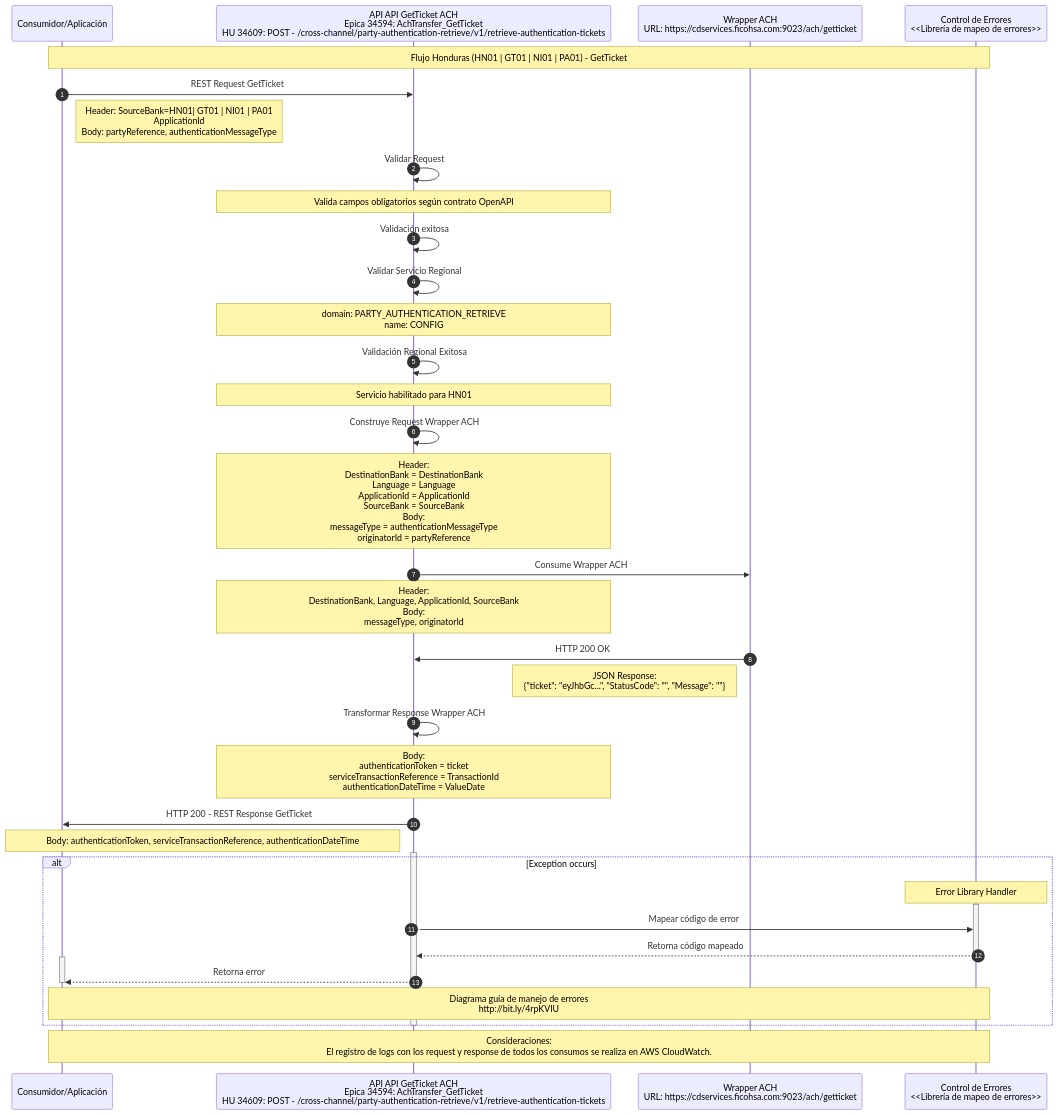
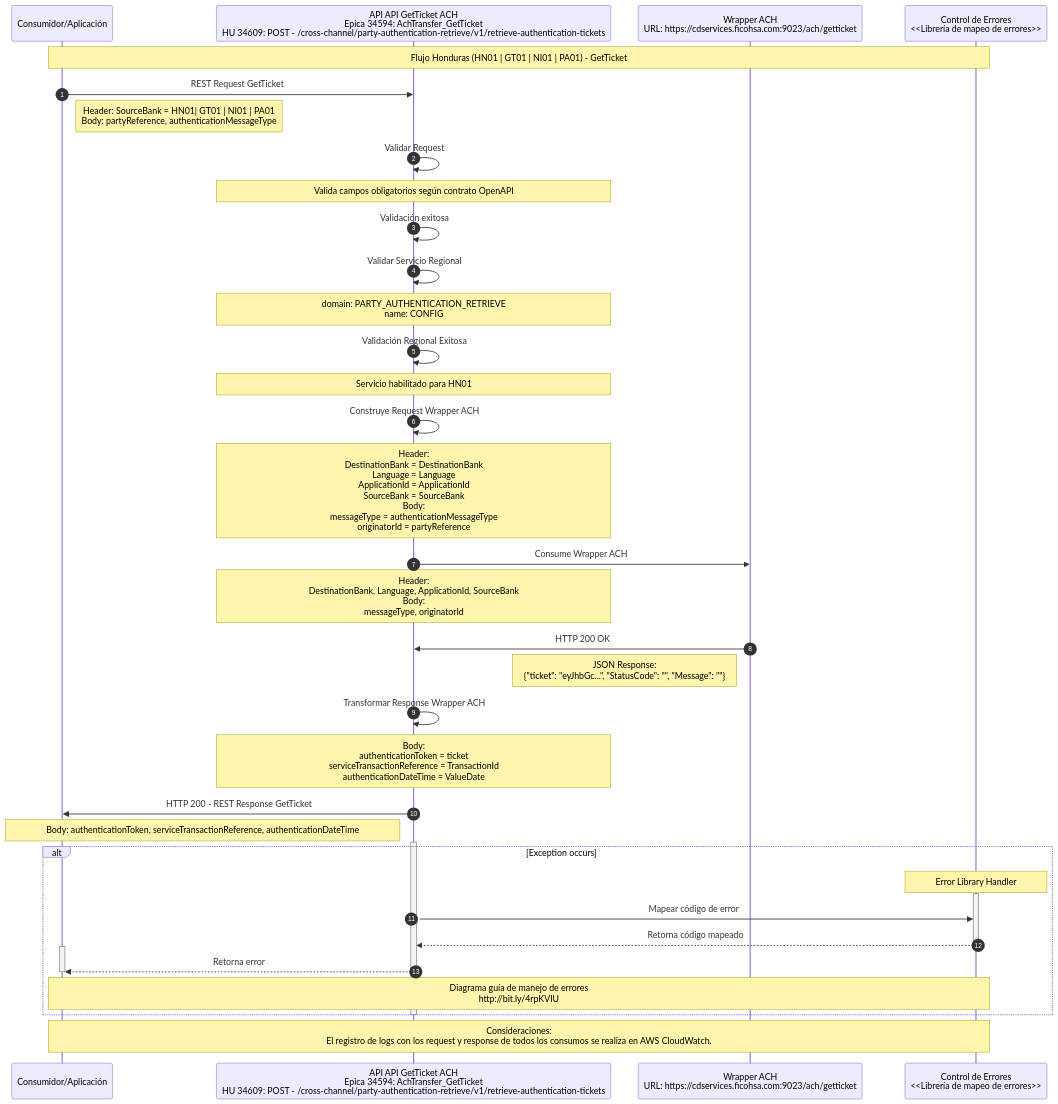
The diagram in ZMigrationFeature/GetTicket/TO-BE-04-Secuencia-HN01.mmd (jmolano10/ficohsa-capa-media), drawn with Mermaid before and after one commit. The commit also changed 3 other files, not shown here.

```diff
--- a/ZMigrationFeature/GetTicket/TO-BE-04-Secuencia-HN01.mmd
+++ b/ZMigrationFeature/GetTicket/TO-BE-04-Secuencia-HN01.mmd
@@ -1,53 +1,53 @@
 sequenceDiagram
     autonumber
     participant Consumidor as Consumidor/Aplicación
     participant API as API API GetTicket ACH <br> Epica 34594: AchTransfer_GetTicket <br> HU 34609:  POST - /cross-channel/party-authentication-retrieve/v1/retrieve-authentication-tickets
     participant WACH as Wrapper ACH <br> URL: https://cdservices.ficohsa.com:9023/ach/getticket
     participant Errors as Control de Errores <br/> <<Librería de mapeo de errores>>
 
     Note over Consumidor, Errors: Flujo Honduras (HN01 | GT01 | NI01 | PA01) - GetTicket
 
     Consumidor->>API: REST Request GetTicket
-    Note right of Consumidor: Header: SourceBank=HN01| GT01 | NI01 | PA01<br/>ApplicationId<br/>Body: partyReference, authenticationMessageType
+    Note right of Consumidor: Header: SourceBank = HN01| GT01 | NI01 | PA01 <br/> Body: partyReference, authenticationMessageType
 
     API->>API: Validar Request
     Note over API: Valida campos obligatorios según contrato OpenAPI 
 
     API->>API: Validación exitosa
 
     API->>API: Validar Servicio Regional
     Note over API: domain: PARTY_AUTHENTICATION_RETRIEVE <br> name: CONFIG
     
     API->>API: Validación Regional Exitosa
     Note over API: Servicio habilitado para HN01
 
     API->>API: Construye Request Wrapper ACH
     Note over API: Header: <br> DestinationBank = DestinationBank <br> Language = Language <br> ApplicationId = ApplicationId <br> SourceBank = SourceBank <br> Body: <br> messageType = authenticationMessageType <br> originatorId = partyReference
 
     API->>WACH: Consume Wrapper ACH
     Note over API: Header: <br> DestinationBank, Language, ApplicationId, SourceBank <br> Body: <br> messageType, originatorId
 
     WACH->>API: HTTP 200 OK
     Note left of WACH: JSON Response:<br/>{"ticket": "eyJhbGc...", "StatusCode": "", "Message": ""}
     
     API->>API: Transformar Response Wrapper ACH
     Note over API: Body: <br> authenticationToken = ticket <br> serviceTransactionReference = TransactionId <br> authenticationDateTime = ValueDate
 
     API->>Consumidor: HTTP 200 - REST Response GetTicket
     Note left of API: Body: authenticationToken, serviceTransactionReference, authenticationDateTime
 
     activate API
     alt Exception occurs
         note over Errors: Error Library Handler
         activate Errors
             API->> Errors: Mapear código de error
             Errors -->> API: Retorna código mapeado
         deactivate Errors
         activate Consumidor
             API-->> Consumidor: Retorna error
         deactivate Consumidor
         Note over Consumidor,Errors: Diagrama guía de manejo de errores <br> http://bit.ly/4rpKVIU
     end
     deactivate API
 
     Note over Consumidor, Errors: Consideraciones: <br> El registro de logs con los request y response de todos los consumos se realiza en AWS CloudWatch.
```
